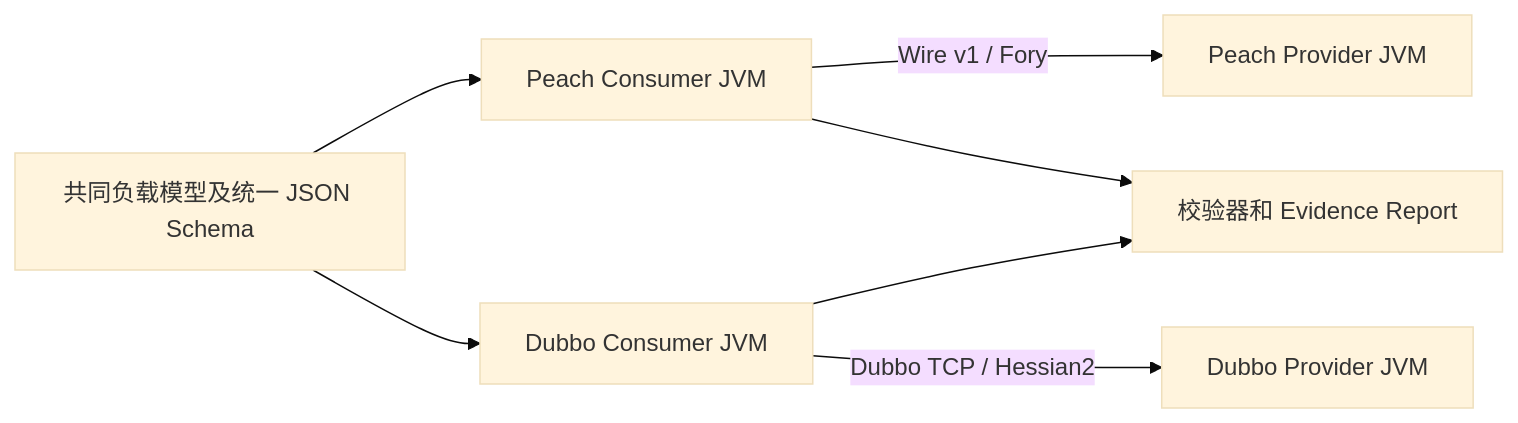
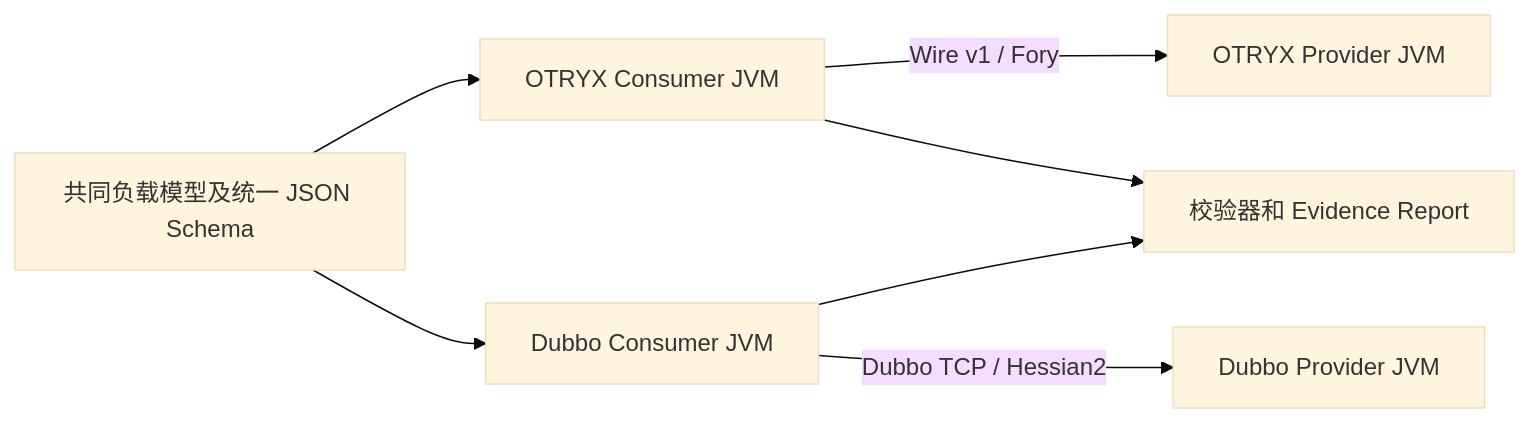
The diagram in docs/reference/dubbo-comparison.md (Ryan-Guizhou/peach-rpc), drawn with Mermaid (base theme) before and after one commit. The commit also changed other lines of this file and 1 other file, not shown here.

Commit message:
docs: align benchmark commands with executable OTRYX smoke harness; remove completed one-shot migration script

```diff
--- a/docs/reference/dubbo-comparison.md
+++ b/docs/reference/dubbo-comparison.md
@@ -22,16 +22,16 @@
 ~~~mermaid
 flowchart LR
     Bench[共同负载模型及统一 JSON Schema]
-    CP[Peach Consumer JVM]
-    PP[Peach Provider JVM]
+    CP[OTRYX Consumer JVM]
+    PP[OTRYX Provider JVM]
     CD[Dubbo Consumer JVM]
     PD[Dubbo Provider JVM]
     V[校验器和 Evidence Report]
 
     Bench --> CP
     Bench --> CD
     CP -->|Wire v1 / Fory| PP
     CD -->|Dubbo TCP / Hessian2| PD
     CP --> V
     CD --> V
 ~~~
```
